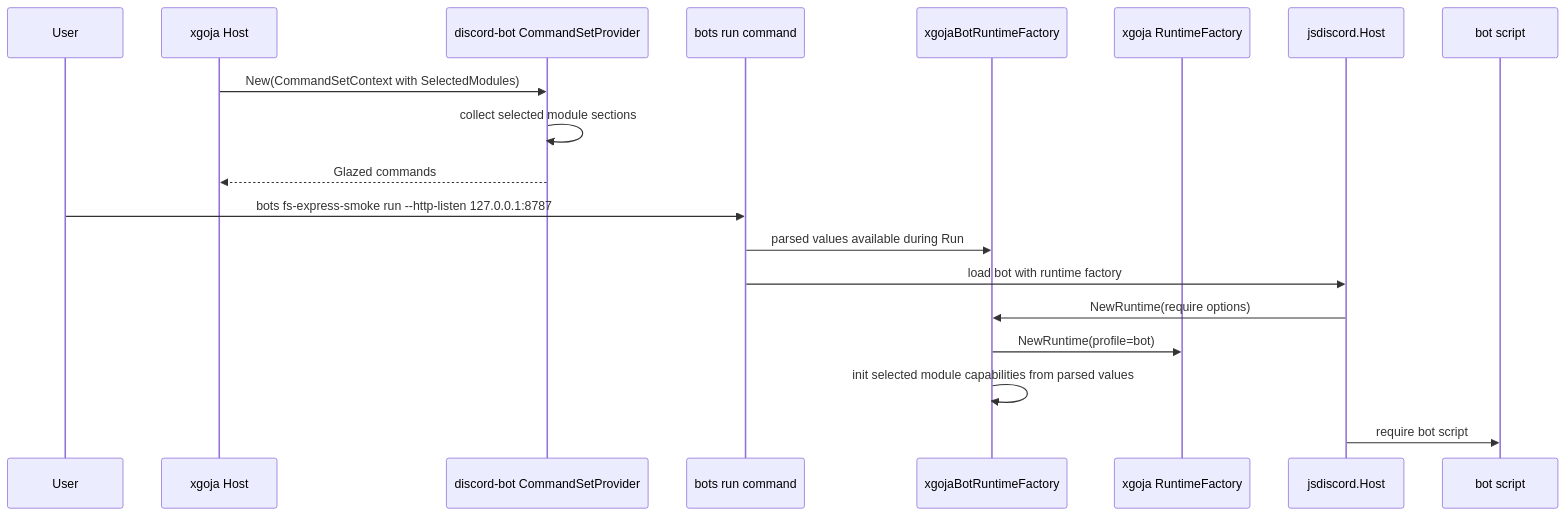
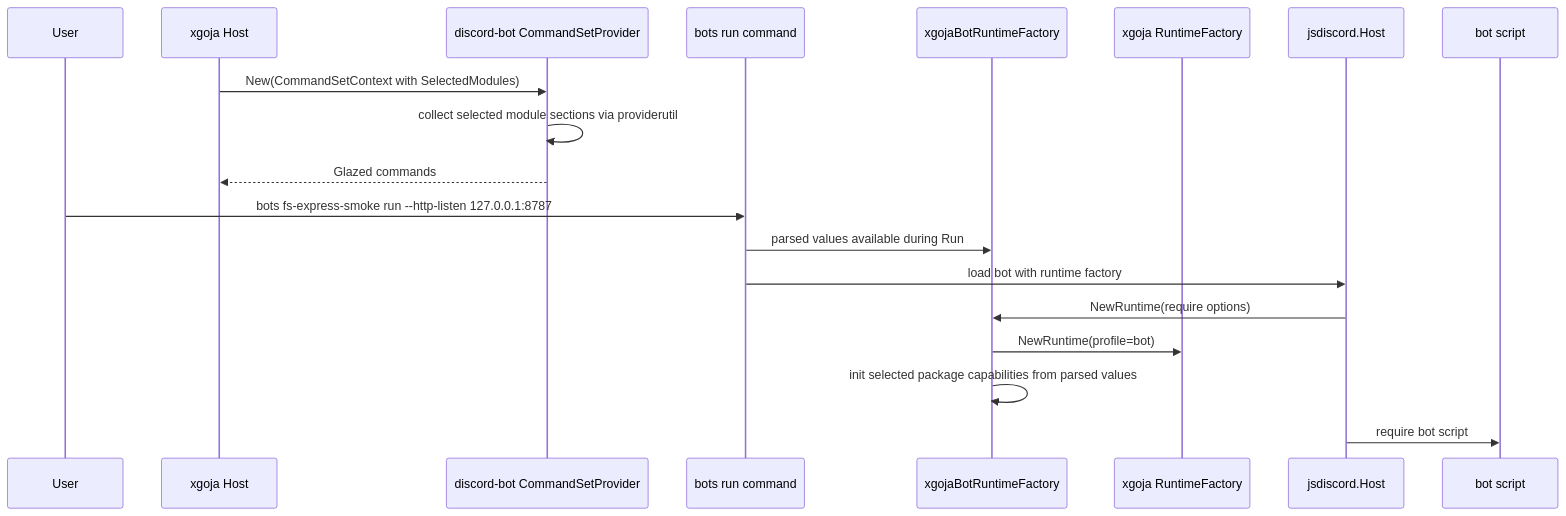
The third of 3 diagrams in ttmp/2026/05/25/XGOJA-012--review-xgoja-provider-architecture-and-onboarding/design/01-xgoja-provider-architecture-review-and-onboarding-guide.md (go-go-golems/go-go-goja), drawn with Mermaid before and after one commit. The commit also changed other lines of this file and 6 other files, not shown here.

````diff
--- a/ttmp/2026/05/25/XGOJA-012--review-xgoja-provider-architecture-and-onboarding/design/01-xgoja-provider-architecture-review-and-onboarding-guide.md
+++ b/ttmp/2026/05/25/XGOJA-012--review-xgoja-provider-architecture-and-onboarding/design/01-xgoja-provider-architecture-review-and-onboarding-guide.md
@@ -417,22 +403,22 @@
 ```mermaid
 sequenceDiagram
     participant User
     participant XHost as xgoja Host
     participant Provider as discord-bot CommandSetProvider
     participant Command as bots run command
     participant Adapter as xgojaBotRuntimeFactory
     participant XFactory as xgoja RuntimeFactory
     participant JSHost as jsdiscord.Host
     participant JS as bot script
 
     XHost->>Provider: New(CommandSetContext with SelectedModules)
-    Provider->>Provider: collect selected module sections
+    Provider->>Provider: collect selected module sections via providerutil
     Provider-->>XHost: Glazed commands
     User->>Command: bots fs-express-smoke run --http-listen 127.0.0.1:8787
     Command->>Adapter: parsed values available during Run
     Command->>JSHost: load bot with runtime factory
     JSHost->>Adapter: NewRuntime(require options)
     Adapter->>XFactory: NewRuntime(profile=bot)
-    Adapter->>Adapter: init selected module capabilities from parsed values
+    Adapter->>Adapter: init selected package capabilities from parsed values
     JSHost->>JS: require bot script
 ```
````
